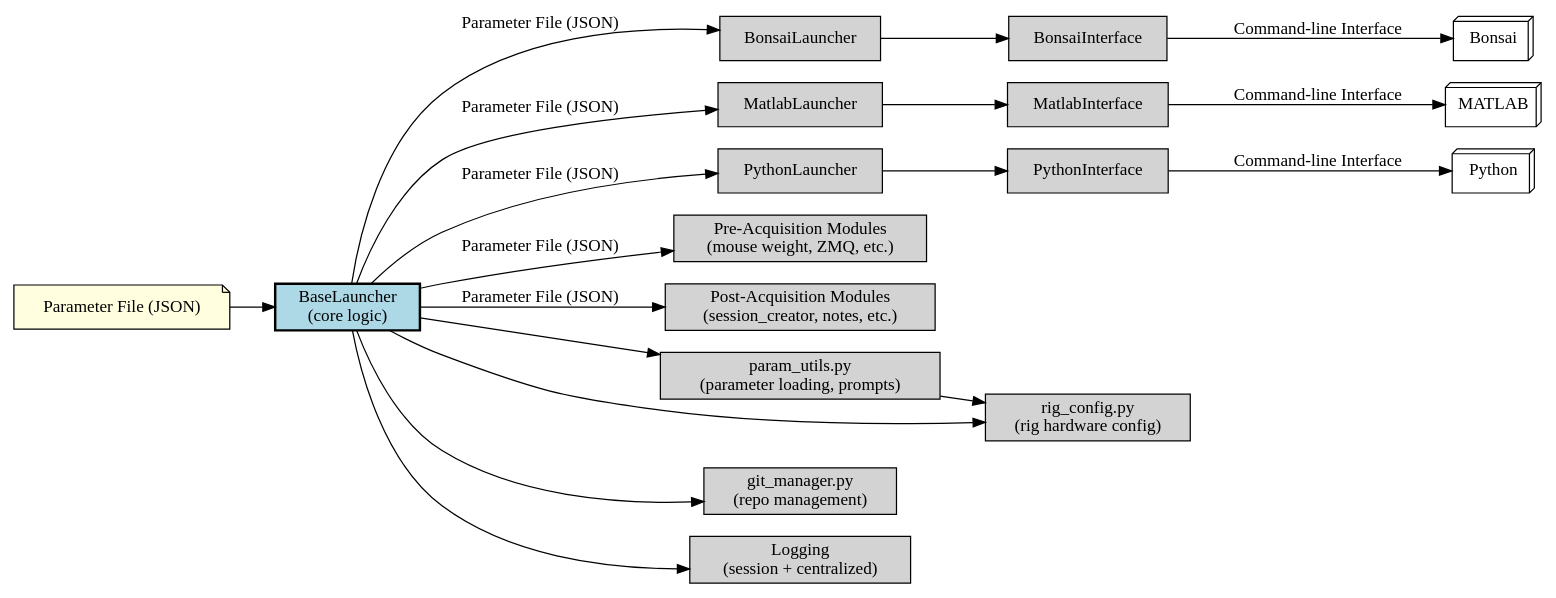
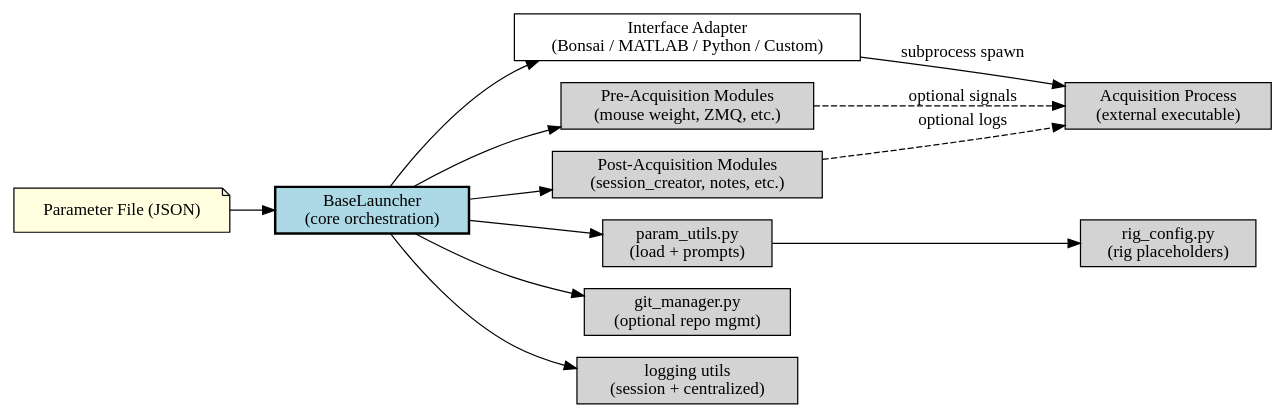
Before and after one commit to AllenNeuralDynamics/openscope-experimental-launcher: the second of 2 diagrams in docs/source/architecture.rst, drawn with Graphviz. The commit also changed other lines of this file and 8 other files, not shown here.

```diff
--- a/docs/source/architecture.rst
+++ b/docs/source/architecture.rst
@@ -40,54 +40,37 @@
 .. graphviz::
 
    digraph launcher_architecture {
        rankdir=LR;
        node [shape=box, style=filled, fillcolor=lightgray];
 
-       # Parameter flow
+       # Core entities
        ParamFile [label="Parameter File (JSON)", shape=note, fillcolor=lightyellow];
-       BaseLauncher [label="BaseLauncher\n(core logic)", fillcolor=lightblue, style="filled,bold"];
-       BonsaiLauncher [label="BonsaiLauncher"];
-       MatlabLauncher [label="MatlabLauncher"];
-       PythonLauncher [label="PythonLauncher"];
+       BaseLauncher [label="BaseLauncher\n(core orchestration)", fillcolor=lightblue, style="filled,bold"];
+       InterfaceAdapter [label="Interface Adapter\n(Bonsai / MATLAB / Python / Custom)", fillcolor=white, style="filled"];
        PreModules [label="Pre-Acquisition Modules\n(mouse weight, ZMQ, etc.)"];
        PostModules [label="Post-Acquisition Modules\n(session_creator, notes, etc.)"];
+       AcquisitionProc [label="Acquisition Process\n(external executable)"];
 
-       # Interfaces and software
-       BonsaiInterface [label="BonsaiInterface"];
-       MatlabInterface [label="MatlabInterface"];
-       PythonInterface [label="PythonInterface"];
-       Bonsai [label="Bonsai", shape=box3d, fillcolor=white];
-       Matlab [label="MATLAB", shape=box3d, fillcolor=white];
-       Python [label="Python", shape=box3d, fillcolor=white];
+       # Utilities
+       ParamUtils [label="param_utils.py\n(load + prompts)"];
+       RigConfig [label="rig_config.py\n(rig placeholders)"];
+       GitManager [label="git_manager.py\n(optional repo mgmt)"];
+       Logging [label="logging utils\n(session + centralized)"];
 
-       # Core utilities
-       ParamUtils [label="param_utils.py\n(parameter loading, prompts)"];
-       RigConfig [label="rig_config.py\n(rig hardware config)"];
-       GitManager [label="git_manager.py\n(repo management)"];
-       Logging [label="Logging\n(session + centralized)"];
-
-       # Parameter flow
+       # Relationships
        ParamFile -> BaseLauncher;
-       BaseLauncher -> BonsaiLauncher [label="Parameter File (JSON)"];
-       BaseLauncher -> MatlabLauncher [label="Parameter File (JSON)"];
-       BaseLauncher -> PythonLauncher [label="Parameter File (JSON)"];
-       BaseLauncher -> PreModules [label="Parameter File (JSON)"];
-       BaseLauncher -> PostModules [label="Parameter File (JSON)"];
-       BonsaiLauncher -> BonsaiInterface ;
-       MatlabLauncher -> MatlabInterface ;
-       PythonLauncher -> PythonInterface ;
-       BonsaiInterface -> Bonsai [label="Command-line Interface"];
-       MatlabInterface -> Matlab [label="Command-line Interface"];
-       PythonInterface -> Python [label="Command-line Interface"];
-
-       # Core logic relationships
        BaseLauncher -> ParamUtils;
-       BaseLauncher -> RigConfig;
+       ParamUtils -> RigConfig;
+       BaseLauncher -> PreModules;
+       BaseLauncher -> InterfaceAdapter;
+       InterfaceAdapter -> AcquisitionProc [label="subprocess spawn"];
+       BaseLauncher -> PostModules;
        BaseLauncher -> GitManager;
        BaseLauncher -> Logging;
-       ParamUtils -> RigConfig;
+       PreModules -> AcquisitionProc [style=dashed, label="optional signals"];
+       PostModules -> AcquisitionProc [style=dashed, label="optional logs"];
 
-       # Pre and post modules do not talk to each other
+       # Pre and post remain independent
        PreModules [group=pre];
        PostModules [group=post];
    }
```
